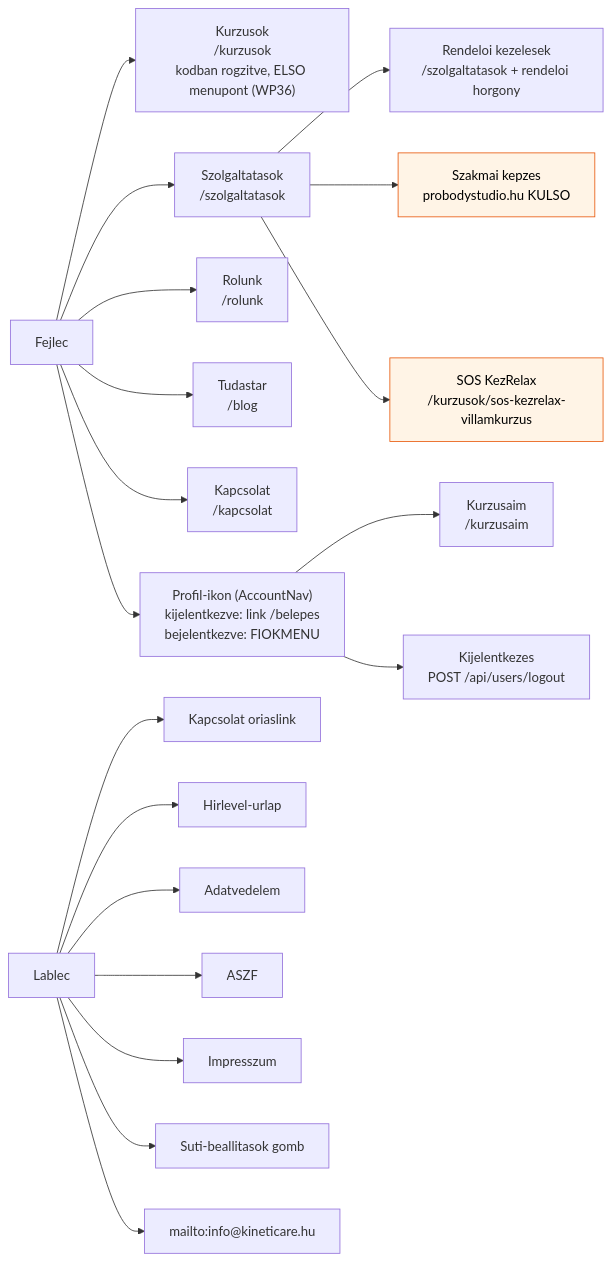
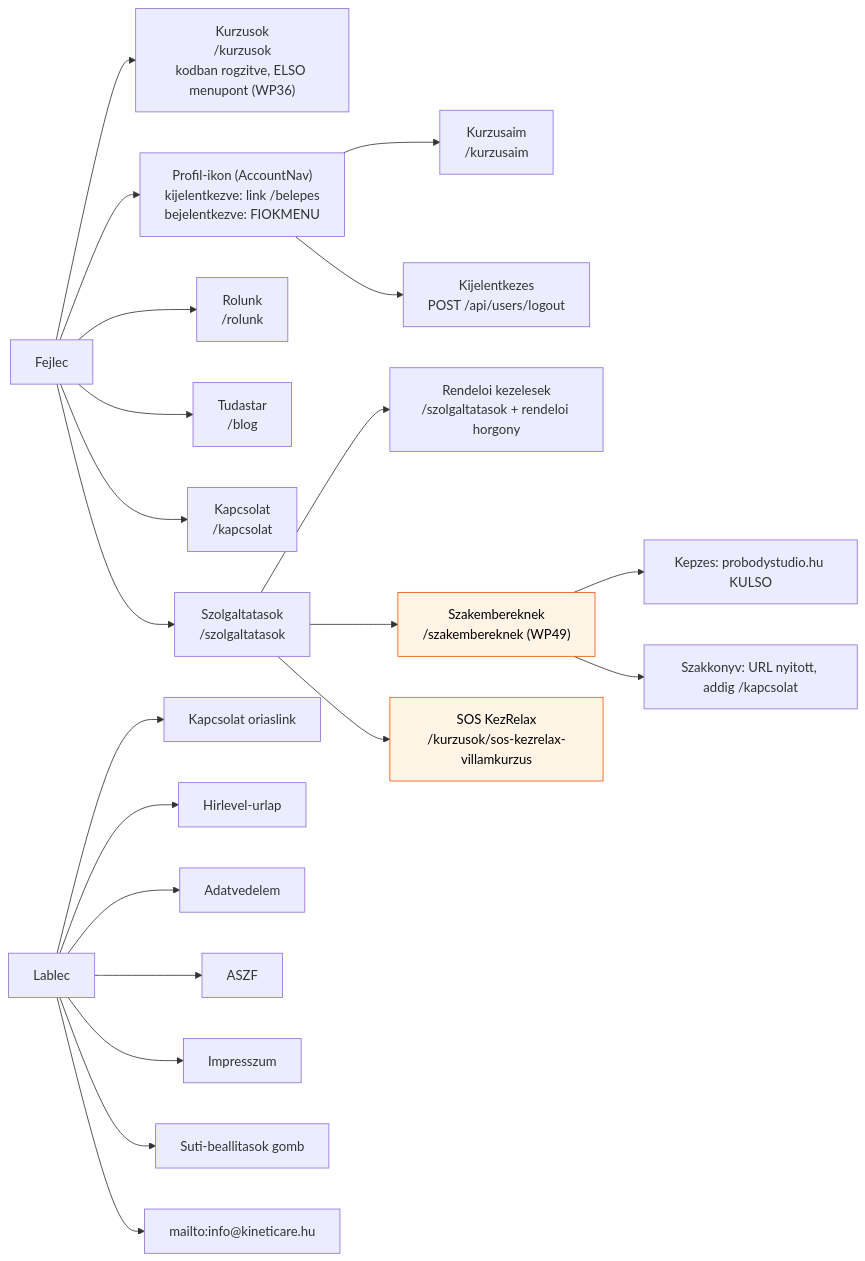
Before and after one commit to Monoduette/Kineticare: the second of 3 diagrams in docs/informacios-architektura.md, drawn with Mermaid. The commit also changed other lines of this file and 24 other files, not shown here.

````diff
--- a/docs/informacios-architektura.md
+++ b/docs/informacios-architektura.md
@@ -192,28 +193,30 @@
 ```mermaid
 flowchart LR
     ROOT["Fejlec"]
     ROOT --> M0["Kurzusok<br/>/kurzusok<br/>kodban rogzitve, ELSO menupont (WP36)"]
     ROOT --> M1["Szolgaltatasok<br/>/szolgaltatasok"]
     ROOT --> M2["Rolunk<br/>/rolunk"]
     ROOT --> M3["Tudastar<br/>/blog"]
     ROOT --> M4["Kapcsolat<br/>/kapcsolat"]
     ROOT --> ACC["Profil-ikon (AccountNav)<br/>kijelentkezve: link /belepes<br/>bejelentkezve: FIOKMENU"]
     ACC --> A1["Kurzusaim<br/>/kurzusaim"]
     ACC --> A2["Kijelentkezes<br/>POST /api/users/logout"]
 
     M1 --> S1["Rendeloi kezelesek<br/>/szolgaltatasok + rendeloi horgony"]
-    M1 --> S2["Szakmai kepzes<br/>probodystudio.hu KULSO"]
+    M1 --> S2["Szakembereknek<br/>/szakembereknek (WP49)"]
+    S2 --> S2a["Kepzes: probodystudio.hu KULSO"]
+    S2 --> S2b["Szakkonyv: URL nyitott, addig /kapcsolat"]
     M1 --> S3["SOS KezRelax<br/>/kurzusok/sos-kezrelax-villamkurzus"]
 
     FOOT["Lablec"]
     FOOT --> F1["Kapcsolat oriaslink"]
     FOOT --> F2["Hirlevel-urlap"]
     FOOT --> F3["Adatvedelem"]
     FOOT --> F4["ASZF"]
     FOOT --> F5["Impresszum"]
     FOOT --> F6["Suti-beallitasok gomb"]
     FOOT --> F7["mailto:info@kineticare.hu"]
 
     classDef gond fill:#fff4e6,stroke:#e8590c,color:#000
     class S2,S3 gond
 ```
````
